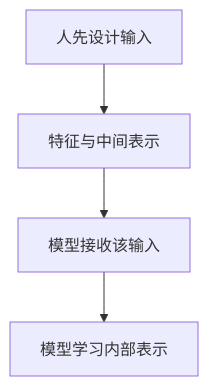
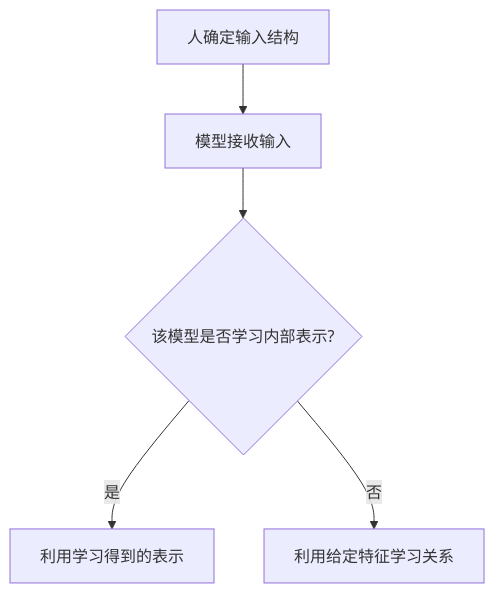
The diagram in docs/assets/part-03/chapter-06/p3-6-3-mermaid-01-zh.mmd (devchan64/AiBook), drawn with Mermaid before and after one commit. The commit also changed 216 other files, not shown here.

Commit message:
Review Part 3 explanations and improve diagram readability

````diff
--- a/docs/assets/part-03/chapter-06/p3-6-3-mermaid-01-zh.mmd
+++ b/docs/assets/part-03/chapter-06/p3-6-3-mermaid-01-zh.mmd
@@ -1,9 +1,7 @@
 ```mermaid
 flowchart TD
-    H[人先设计输入]
-    F[特征与中间表示]
-    M[模型接收该输入]
-    R[模型学习内部表示]
-
-    H --> F --> M --> R
+    H[人确定输入结构] --> M[模型接收输入]
+    M --> Q{该模型是否学习内部表示?}
+    Q -->|是| R[利用学习得到的表示]
+    Q -->|否| F[利用给定特征学习关系]
 ```
````
